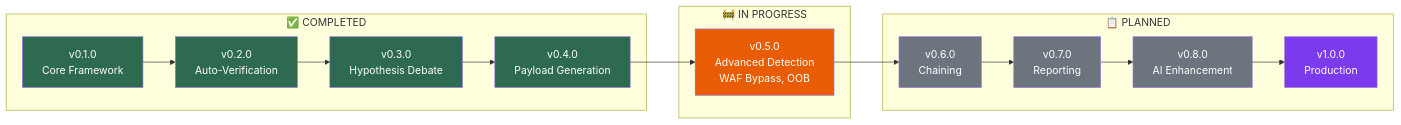
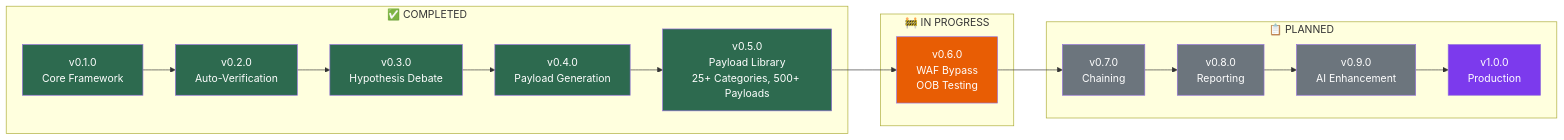
One commit to purwocode/AGENTIC changed the fifth of 5 diagrams in README.md. Above: the diagram before and after it, drawn with Mermaid. The commit also changed other lines of this file and 1 other file, not shown here.

First line of the commit message:
v0.5.0: Expanded Payload Library with 485 payloads from security research sources

````diff
--- a/README.md
+++ b/README.md
@@ -561,34 +617,36 @@
 ```mermaid
 flowchart LR
     subgraph DONE["✅ COMPLETED"]
         V1["v0.1.0<br/>Core Framework"]
         V2["v0.2.0<br/>Auto-Verification"]
         V3["v0.3.0<br/>Hypothesis Debate"]
         V4["v0.4.0<br/>Payload Generation"]
-        V1 --> V2 --> V3 --> V4
+        V5["v0.5.0<br/>Payload Library<br/>25+ Categories, 500+ Payloads"]
+        V1 --> V2 --> V3 --> V4 --> V5
     end
 
     subgraph PROGRESS["🚧 IN PROGRESS"]
-        V5["v0.5.0<br/>Advanced Detection<br/>WAF Bypass, OOB"]
+        V6["v0.6.0<br/>WAF Bypass<br/>OOB Testing"]
     end
 
     subgraph PLANNED["📋 PLANNED"]
-        V6["v0.6.0<br/>Chaining"]
-        V7["v0.7.0<br/>Reporting"]
-        V8["v0.8.0<br/>AI Enhancement"]
+        V7["v0.7.0<br/>Chaining"]
+        V8["v0.8.0<br/>Reporting"]
+        V9["v0.9.0<br/>AI Enhancement"]
         V10["v1.0.0<br/>Production"]
-        V6 --> V7 --> V8 --> V10
+        V7 --> V8 --> V9 --> V10
     end
 
-    V4 --> V5 --> V6
+    V5 --> V6 --> V7
 
     style V1 fill:#2d6a4f,color:#fff
     style V2 fill:#2d6a4f,color:#fff
     style V3 fill:#2d6a4f,color:#fff
     style V4 fill:#2d6a4f,color:#fff
-    style V5 fill:#e85d04,color:#fff
-    style V6 fill:#6c757d,color:#fff
+    style V5 fill:#2d6a4f,color:#fff
+    style V6 fill:#e85d04,color:#fff
     style V7 fill:#6c757d,color:#fff
     style V8 fill:#6c757d,color:#fff
+    style V9 fill:#6c757d,color:#fff
     style V10 fill:#7c3aed,color:#fff
 ```
````
